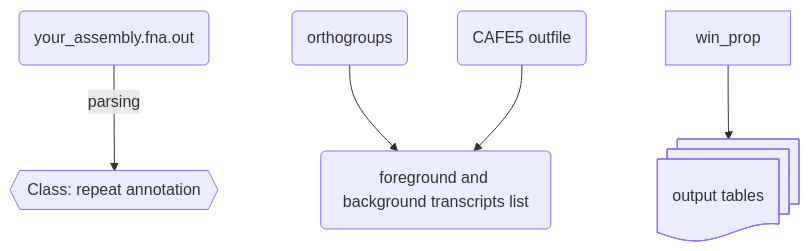
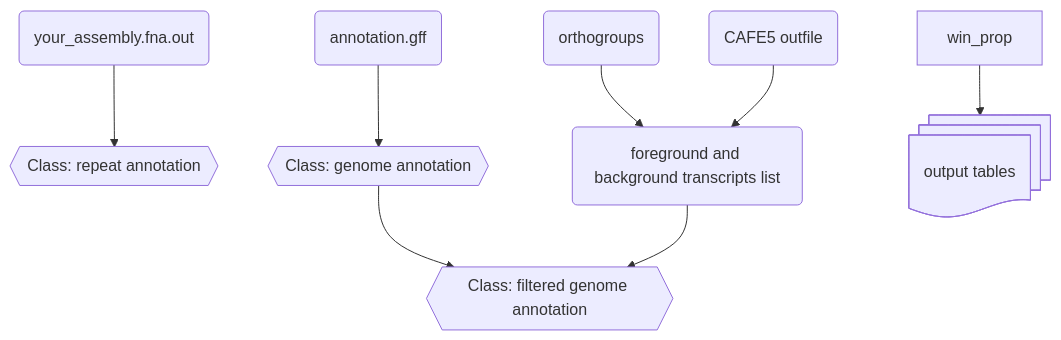
Before and after one commit to milena-t/ReVis: the second of 2 diagrams in README.md, drawn with Mermaid.

Commit message:
more mermaid

````diff
--- a/README.md
+++ b/README.md
@@ -262,13 +262,21 @@
 ```mermaid
 graph TD;
     infile_out(your_assembly.fna.out);
-    infile_out -- parsing --> rep_annot{{Class: repeat annotation}};
+    infile_out --> rep_annot{{Class: repeat annotation}};
+
+    infile_annot(annotation.gff);
+    infile_annot --> gene_annot{{Class: genome annotation}};
 
     OGs(orthogroups);
     CAFE(CAFE5 outfile);
 
     OGs --> tr_list(foreground and background transcripts list);
     CAFE --> tr_list
 
+    gene_annot --> filt_gene_annot{{Class: filtered genome annotation}};
+    tr_list --> filt_gene_annot
+
+    
+
     win_prop --> out_tab@{ shape: docs, label: "output tables" }
 ```   
````
